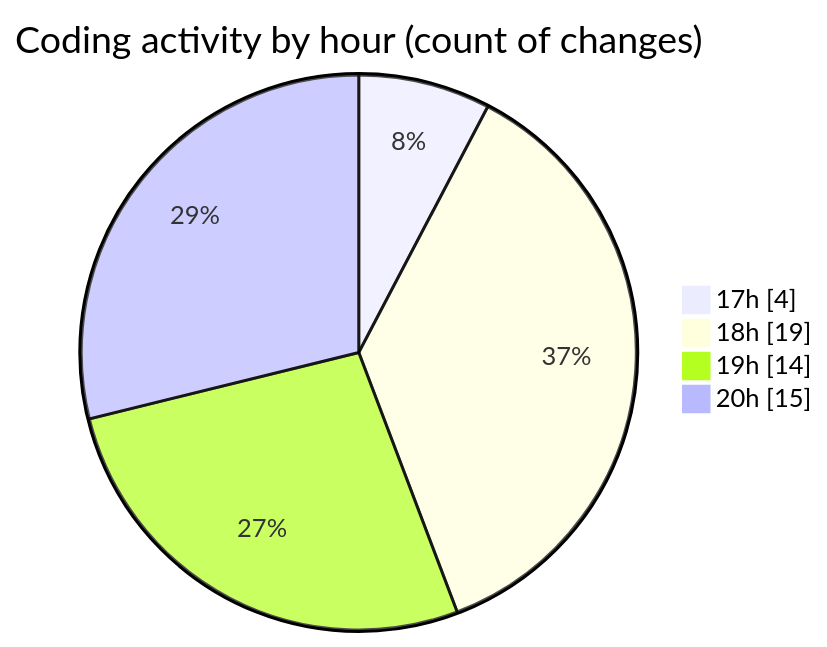
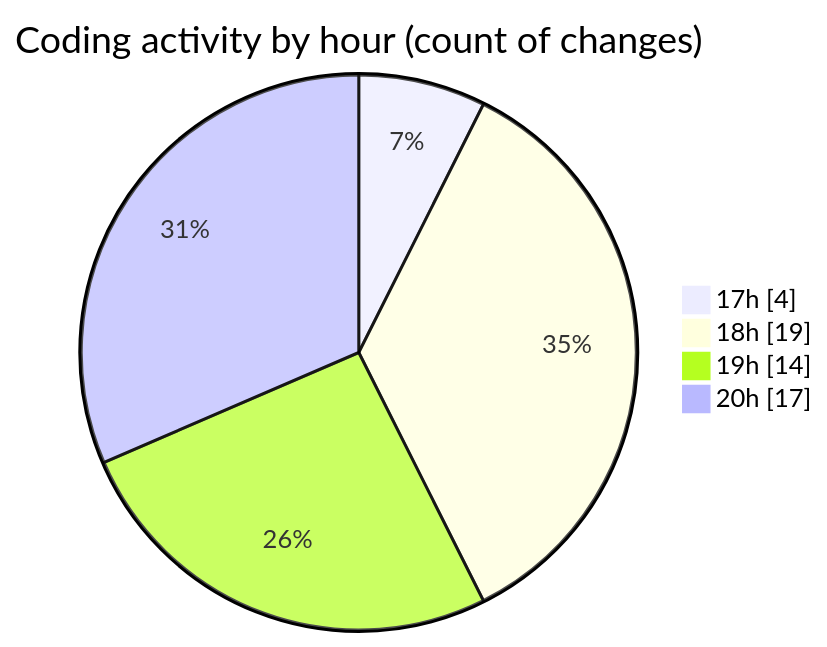
Before and after one commit to MatusMokan/code-tracking: the second of 2 diagrams in 2025-03-18/myws__workspace_/README.md, drawn with Mermaid. The commit also changed other lines of this file and 1 other file, not shown here.

````diff
--- a/2025-03-18/myws__workspace_/README.md
+++ b/2025-03-18/myws__workspace_/README.md
@@ -32,8 +33,8 @@
 ```mermaid
 pie showData
 title Coding activity by hour (count of changes)
 "17h" : 4
 "18h" : 19
 "19h" : 14
-"20h" : 15
+"20h" : 17
 ```
````
